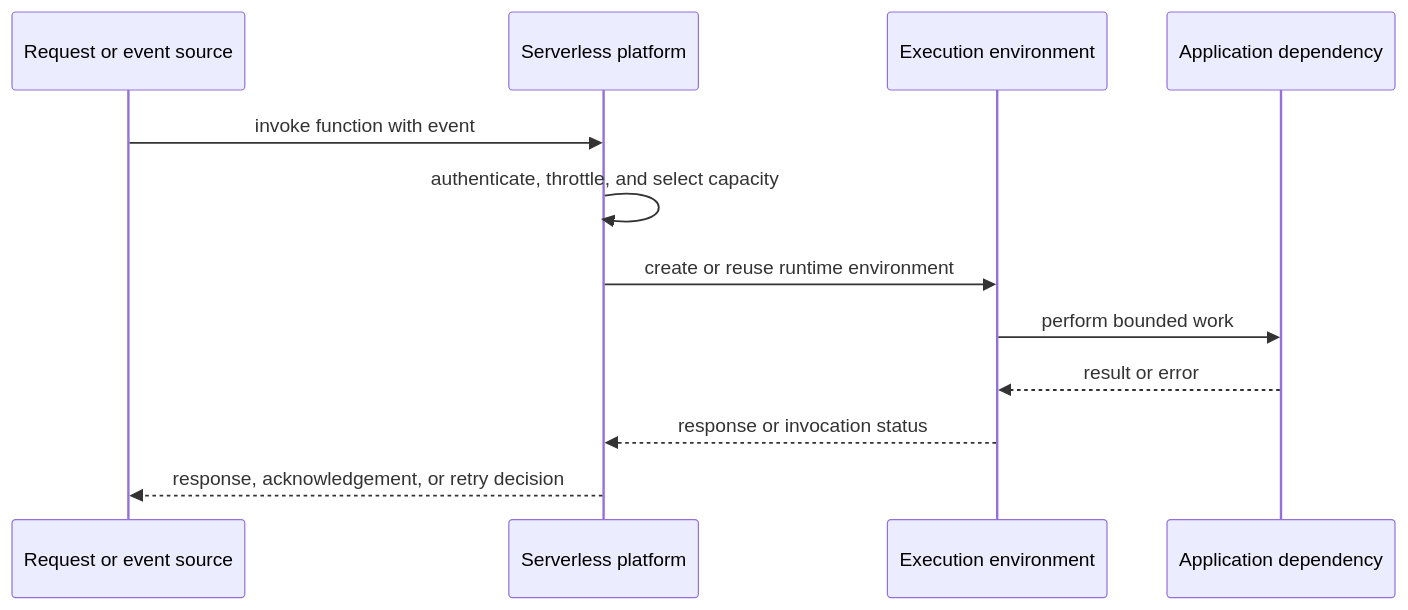
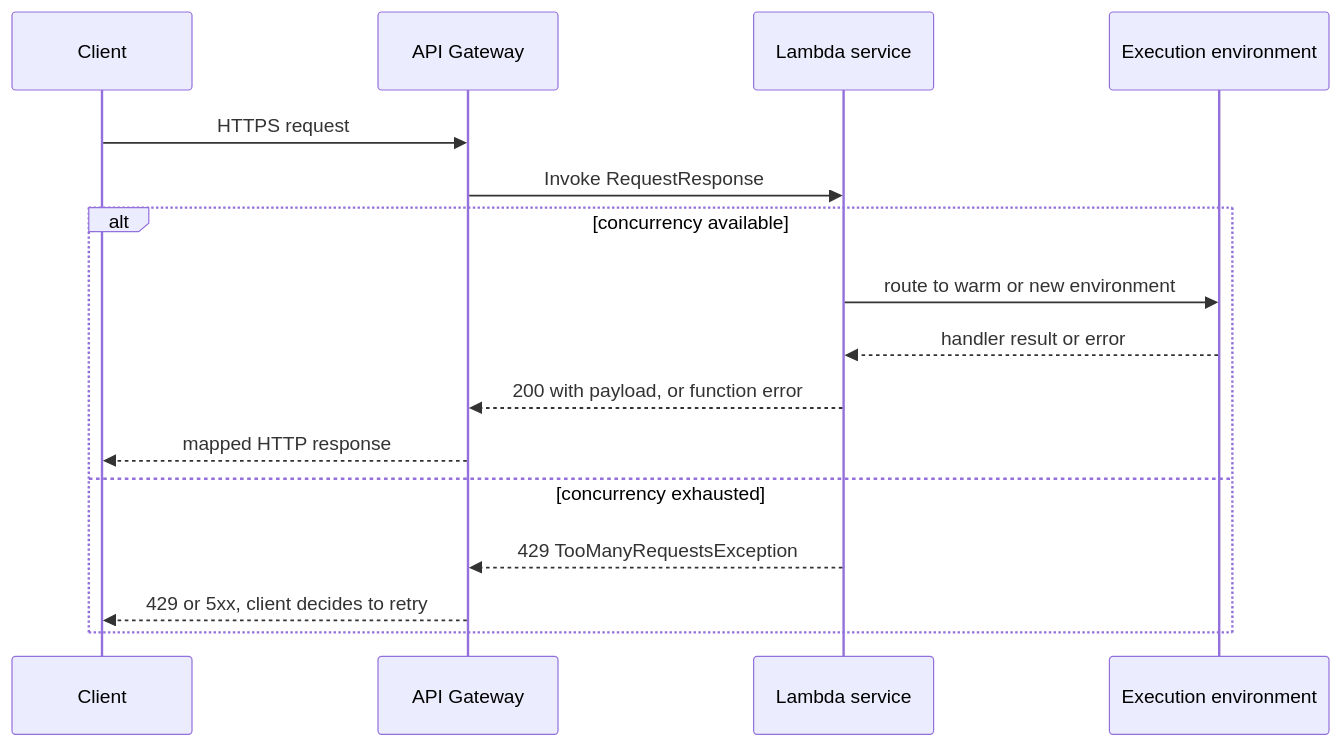
Before and after one commit to joydasss/Architect: the third of 17 diagrams in 09_Cloud_Computing/CH11_Serverless.md, drawn with Mermaid. The commit also changed other lines of this file and 295 other files, not shown here.

````diff
--- a/09_Cloud_Computing/CH11_Serverless.md
+++ b/09_Cloud_Computing/CH11_Serverless.md
@@ -41,14 +130,18 @@
 ```mermaid
 sequenceDiagram
-    participant Source as Request or event source
-    participant Platform as Serverless platform
+    participant Client
+    participant GW as API Gateway
+    participant Svc as Lambda service
     participant Env as Execution environment
-    participant Dependency as Application dependency
-    Source->>Platform: invoke function with event
-    Platform->>Platform: authenticate, throttle, and select capacity
-    Platform->>Env: create or reuse runtime environment
-    Env->>Dependency: perform bounded work
-    Dependency-->>Env: result or error
-    Env-->>Platform: response or invocation status
-    Platform-->>Source: response, acknowledgement, or retry decision
+    Client->>GW: HTTPS request
+    GW->>Svc: Invoke RequestResponse
+    alt concurrency available
+        Svc->>Env: route to warm or new environment
+        Env-->>Svc: handler result or error
+        Svc-->>GW: 200 with payload, or function error
+        GW-->>Client: mapped HTTP response
+    else concurrency exhausted
+        Svc-->>GW: 429 TooManyRequestsException
+        GW-->>Client: 429 or 5xx, client decides to retry
+    end
 ```
````
